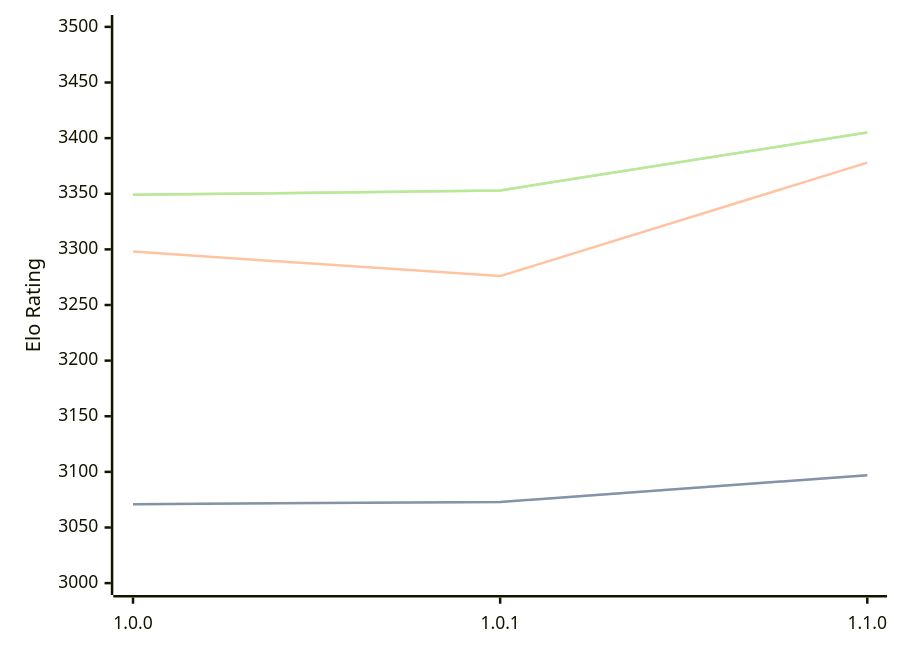
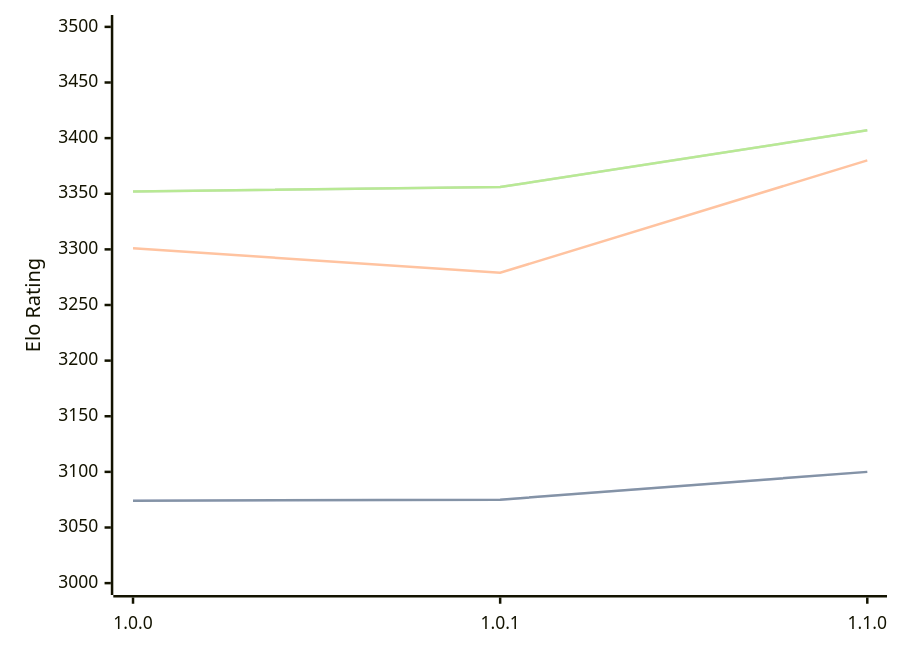
Before and after one commit to computer-chess-index/cci: the diagram in engines/Ursus.md, drawn with Mermaid. The commit also changed other lines of this file, not shown here.

Commit message:
Update CCI Ratings (ELO VLTC) - 2026-09-24

````diff
--- a/engines/Ursus.md
+++ b/engines/Ursus.md
@@ -33,11 +33,11 @@
 ```mermaid
 %%{init: {"theme":"base","themeVariables":{"seriesColors:['#a3a3a3','#222221','#faa371']}}}%%
 xychart-beta
   x-axis ["1.0.0", "1.0.1", "1.1.0"]
   y-axis "Elo Rating" 3000 --> 3500
-  line "" [3071, 3073, 3097]
-  line "STC (8.0+0.08s)" [3071, 3073, 3097]
-  line "LTC (60.0+0.60s)" [3298, 3276, 3378]
-  line "" [3349, 3353, 3405]
-  line "VLTC (2m24s+1.12s)" [3349, 3353, 3405]
+  line "" [3074, 3075, 3100]
+  line "STC (8.0+0.08s)" [3074, 3075, 3100]
+  line "LTC (60.0+0.60s)" [3301, 3279, 3380]
+  line "" [3352, 3356, 3407]
+  line "VLTC (2m24s+1.12s)" [3352, 3356, 3407]
 ```
````
